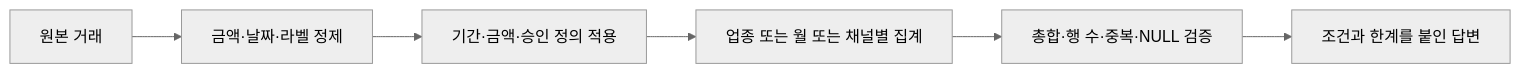
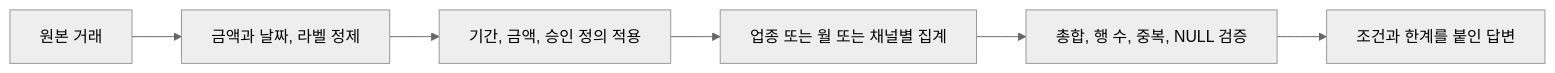
Before and after one commit to Eunjung-Cho/bdai13-bigquery: the diagram in docs/week2/lecture.md, drawn with Mermaid (neutral theme). The commit also changed other lines of this file and 34 other files, not shown here.

````diff
--- a/docs/week2/lecture.md
+++ b/docs/week2/lecture.md
@@ -46,8 +46,8 @@
 ```mermaid
 flowchart LR
-    R[원본 거래] --> C[금액·날짜·라벨 정제]
-    C --> F[기간·금액·승인 정의 적용]
+    R[원본 거래] --> C[금액과 날짜, 라벨 정제]
+    C --> F[기간, 금액, 승인 정의 적용]
     F --> G[업종 또는 월 또는 채널별 집계]
-    G --> V[총합·행 수·중복·NULL 검증]
+    G --> V[총합, 행 수, 중복, NULL 검증]
     V --> A[조건과 한계를 붙인 답변]
 ```
````
